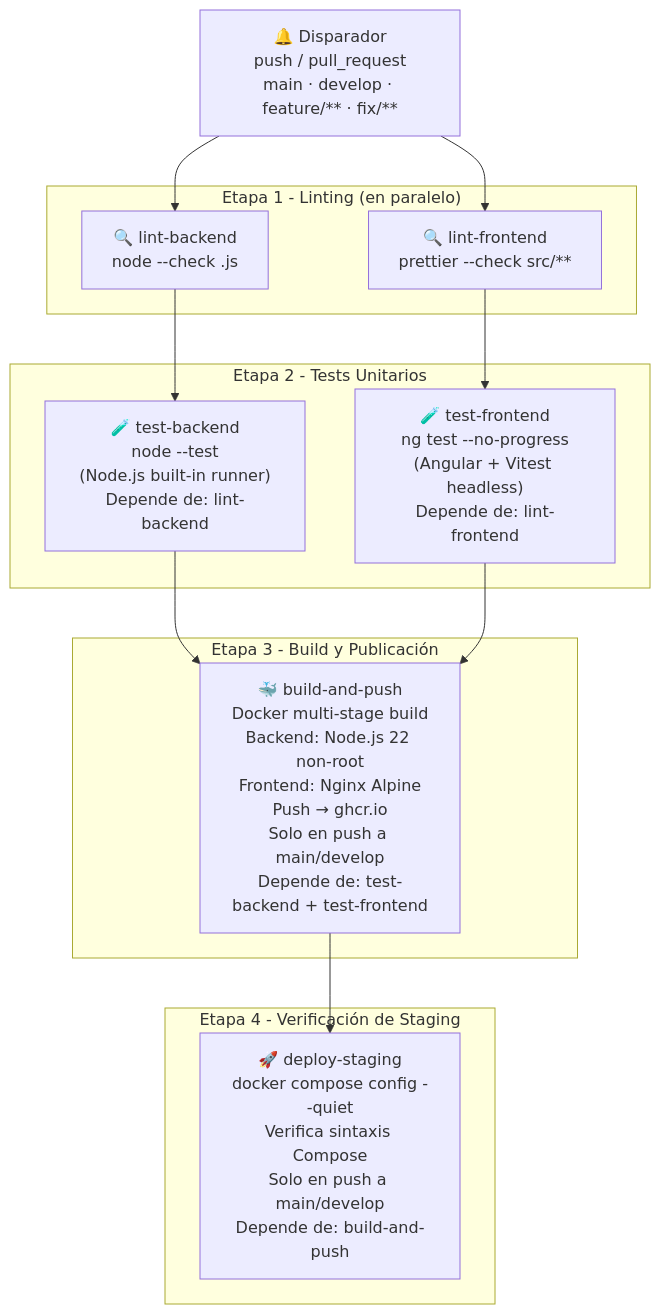
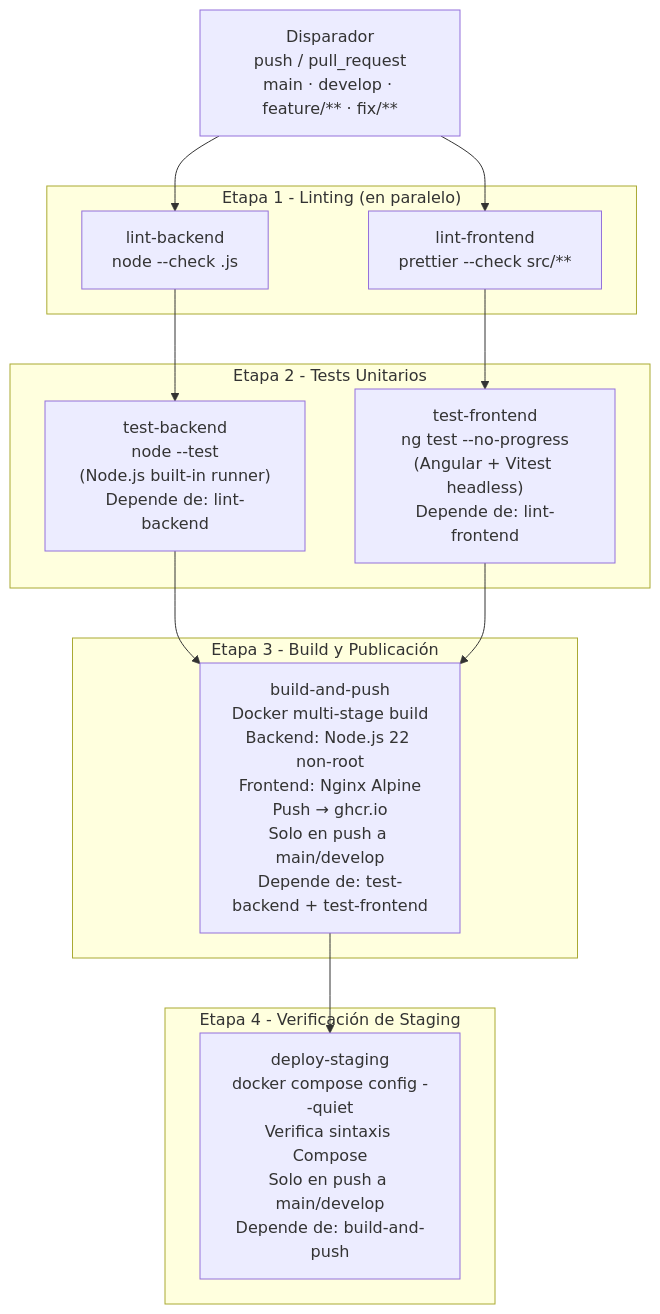
Before and after one commit to RenatoTM05/Herramientas-Informaticas-TP-Final-Grupo-08: the diagram in docs/historias_usuario/HU-12-CI-CD.md, drawn with Mermaid. The commit also changed other lines of this file and 1 other file, not shown here.

Commit message:
eliminacion de comentarios en archivos hechos en la HU-12

````diff
--- a/docs/historias_usuario/HU-12-CI-CD.md
+++ b/docs/historias_usuario/HU-12-CI-CD.md
@@ -30,28 +21,28 @@
 ```mermaid
 flowchart TD
-    TRIGGER["🔔 Disparador\npush / pull_request\nmain · develop · feature/** · fix/**"]
+    TRIGGER[" Disparador\npush / pull_request\nmain · develop · feature/** · fix/**"]
 
     subgraph Linting["Etapa 1 - Linting (en paralelo)"]
-        LB["🔍 lint-backend\nnode --check .js"]
-        LF["🔍 lint-frontend\nprettier --check src/**"]
+        LB[" lint-backend\nnode --check .js"]
+        LF[" lint-frontend\nprettier --check src/**"]
     end
 
     subgraph Testing["Etapa 2 - Tests Unitarios"]
-        TB["🧪 test-backend\nnode --test\n(Node.js built-in runner)\nDepende de: lint-backend"]
-        TF["🧪 test-frontend\nng test --no-progress\n(Angular + Vitest headless)\nDepende de: lint-frontend"]
+        TB[" test-backend\nnode --test\n(Node.js built-in runner)\nDepende de: lint-backend"]
+        TF[" test-frontend\nng test --no-progress\n(Angular + Vitest headless)\nDepende de: lint-frontend"]
     end
 
     subgraph Build["Etapa 3 - Build y Publicación"]
-        BP["🐳 build-and-push\nDocker multi-stage build\nBackend: Node.js 22 non-root\nFrontend: Nginx Alpine\nPush → ghcr.io\nSolo en push a main/develop\nDepende de: test-backend + test-frontend"]
+        BP[" build-and-push\nDocker multi-stage build\nBackend: Node.js 22 non-root\nFrontend: Nginx Alpine\nPush → ghcr.io\nSolo en push a main/develop\nDepende de: test-backend + test-frontend"]
     end
 
     subgraph Deploy["Etapa 4 - Verificación de Staging"]
-        DS["🚀 deploy-staging\ndocker compose config --quiet\nVerifica sintaxis Compose\nSolo en push a main/develop\nDepende de: build-and-push"]
+        DS[" deploy-staging\ndocker compose config --quiet\nVerifica sintaxis Compose\nSolo en push a main/develop\nDepende de: build-and-push"]
     end
 
     TRIGGER --> LB & LF
     LB --> TB
     LF --> TF
     TB & TF --> BP
     BP --> DS
 ```
````
